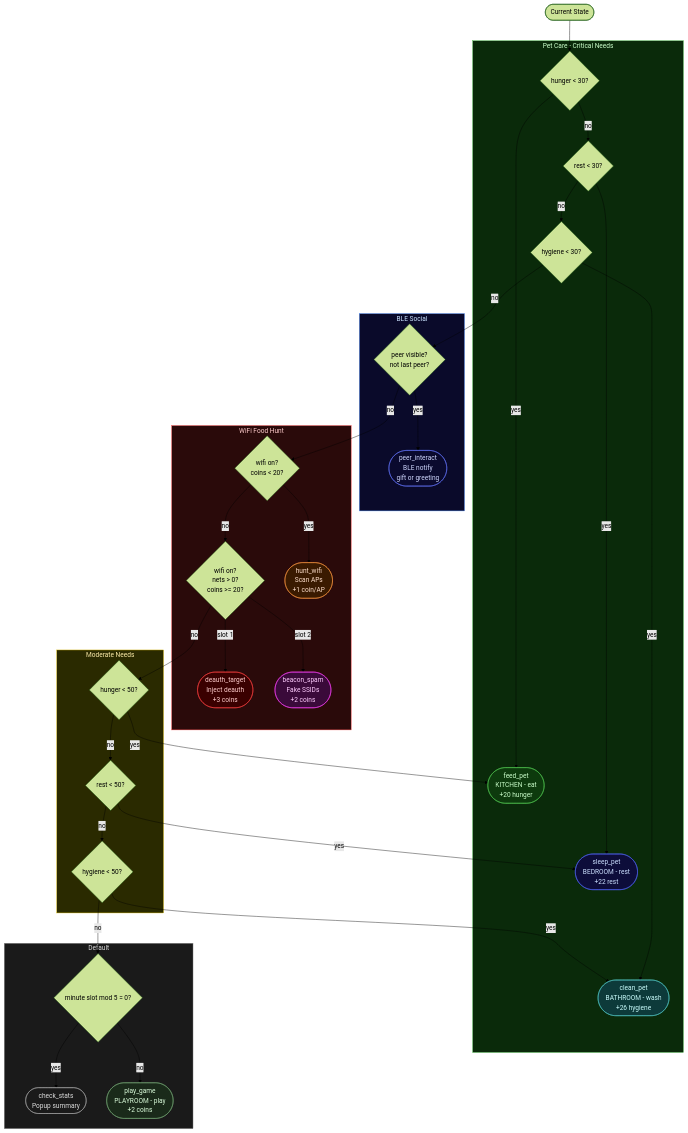
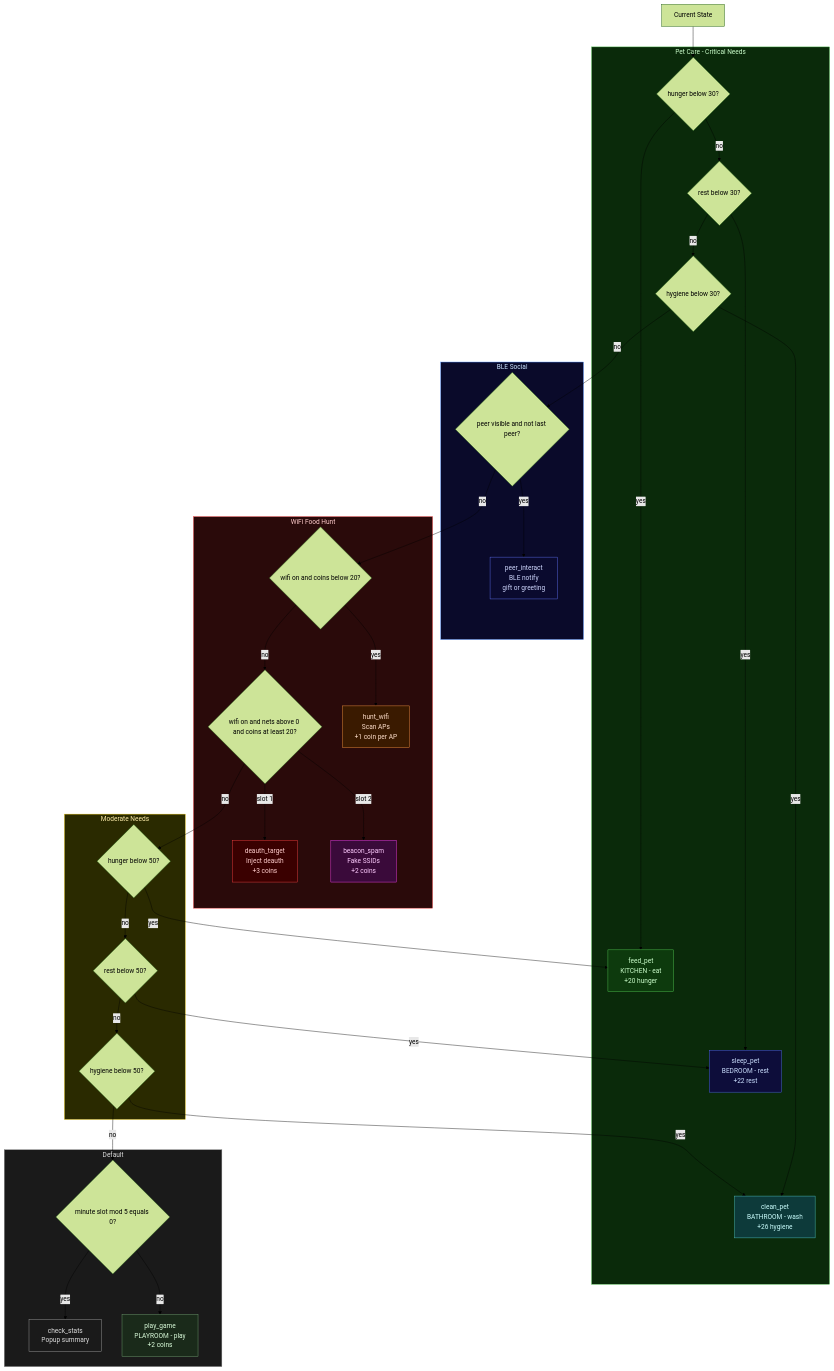
The third of 14 diagrams in README.md (MaliosDark/Sablina-Tamagotchi-ESP32), drawn with Mermaid (forest theme) before and after one commit.

Commit message:
fix: Update flowchart syntax for clarity in README

````diff
--- a/README.md
+++ b/README.md
@@ -310,76 +310,76 @@
 ```mermaid
 flowchart TD
-    START(["Current State"])
+    START[Current State]
 
-    subgraph CARE ["Pet Care - Critical Needs"]
-        C1{"hunger &lt; 30?"}
-        C2{"rest &lt; 30?"}
-        C3{"hygiene &lt; 30?"}
-        FEED(["feed_pet\nKITCHEN - eat\n+20 hunger"])
-        SLEEP(["sleep_pet\nBEDROOM - rest\n+22 rest"])
-        CLEAN(["clean_pet\nBATHROOM - wash\n+26 hygiene"])
+    subgraph CARE[Pet Care - Critical Needs]
+        C1{hunger below 30?}
+        C2{rest below 30?}
+        C3{hygiene below 30?}
+        FEED[feed_pet<br/>KITCHEN - eat<br/>+20 hunger]
+        SLEEP[sleep_pet<br/>BEDROOM - rest<br/>+22 rest]
+        CLEAN[clean_pet<br/>BATHROOM - wash<br/>+26 hygiene]
     end
 
-    subgraph SOCIAL ["BLE Social"]
-        P1{"peer visible?\nnot last peer?"}
-        PEER(["peer_interact\nBLE notify\ngift or greeting"])
+    subgraph SOCIAL[BLE Social]
+        P1{peer visible and not last peer?}
+        PEER[peer_interact<br/>BLE notify<br/>gift or greeting]
     end
 
-    subgraph WIFI ["WiFi Food Hunt"]
-        W1{"wifi on?\ncoins &lt; 20?"}
-        W2{"wifi on?\nnets > 0?\ncoins >= 20?"}
-        HUNT(["hunt_wifi\nScan APs\n+1 coin/AP"])
-        DEAUTH(["deauth_target\nInject deauth\n+3 coins"])
-        BEACON(["beacon_spam\nFake SSIDs\n+2 coins"])
+    subgraph WIFI[WiFi Food Hunt]
+        W1{wifi on and coins below 20?}
+        W2{wifi on and nets above 0 and coins at least 20?}
+        HUNT[hunt_wifi<br/>Scan APs<br/>+1 coin per AP]
+        DEAUTH[deauth_target<br/>Inject deauth<br/>+3 coins]
+        BEACON[beacon_spam<br/>Fake SSIDs<br/>+2 coins]
     end
 
-    subgraph MODERATE ["Moderate Needs"]
-        M1{"hunger &lt; 50?"}
-        M2{"rest &lt; 50?"}
-        M3{"hygiene &lt; 50?"}
+    subgraph MODERATE[Moderate Needs]
+        M1{hunger below 50?}
+        M2{rest below 50?}
+        M3{hygiene below 50?}
     end
 
-    subgraph DEFAULT ["Default"]
-        SLOT{"minute slot mod 5 = 0?"}
-        STATS(["check_stats\nPopup summary"])
-        PLAY(["play_game\nPLAYROOM - play\n+2 coins"])
+    subgraph DEF[Default]
+        SLOT{minute slot mod 5 equals 0?}
+        STATS[check_stats<br/>Popup summary]
+        PLAY[play_game<br/>PLAYROOM - play<br/>+2 coins]
     end
 
     START --> C1
     C1 -->|yes| FEED
     C1 -->|no| C2
     C2 -->|yes| SLEEP
     C2 -->|no| C3
     C3 -->|yes| CLEAN
     C3 -->|no| P1
     P1 -->|yes| PEER
     P1 -->|no| W1
     W1 -->|yes| HUNT
     W1 -->|no| W2
     W2 -->|slot 1| DEAUTH
     W2 -->|slot 2| BEACON
     W2 -->|no| M1
     M1 -->|yes| FEED
     M1 -->|no| M2
     M2 -->|yes| SLEEP
     M2 -->|no| M3
     M3 -->|yes| CLEAN
     M3 -->|no| SLOT
     SLOT -->|yes| STATS
     SLOT -->|no| PLAY
 
     style CARE fill:#0a2a0a,stroke:#44bb44,color:#ccffcc
     style SOCIAL fill:#0a0a2a,stroke:#4488ff,color:#cce4ff
     style WIFI fill:#2a0a0a,stroke:#ff4444,color:#ffcccc
     style MODERATE fill:#2a2a00,stroke:#ddbb00,color:#ffeeaa
-    style DEFAULT fill:#1a1a1a,stroke:#888888,color:#dddddd
+    style DEF fill:#1a1a1a,stroke:#888888,color:#dddddd
     style FEED fill:#0d3a0d,stroke:#55cc55,color:#ccffcc
     style SLEEP fill:#0d0d3a,stroke:#5566ff,color:#cce0ff
     style CLEAN fill:#0d3a3a,stroke:#55cccc,color:#ccffff
     style PEER fill:#0a0a2e,stroke:#6677ff,color:#d0d8ff
     style HUNT fill:#3a1a00,stroke:#ff9944,color:#ffe0cc
     style DEAUTH fill:#3a0000,stroke:#ff4444,color:#ffcccc
     style BEACON fill:#3a0a3a,stroke:#ff44ff,color:#ffccff
     style STATS fill:#1a1a1a,stroke:#aaaaaa,color:#dddddd
     style PLAY fill:#1a2a1a,stroke:#77aa77,color:#ddffdd
 ```
````
